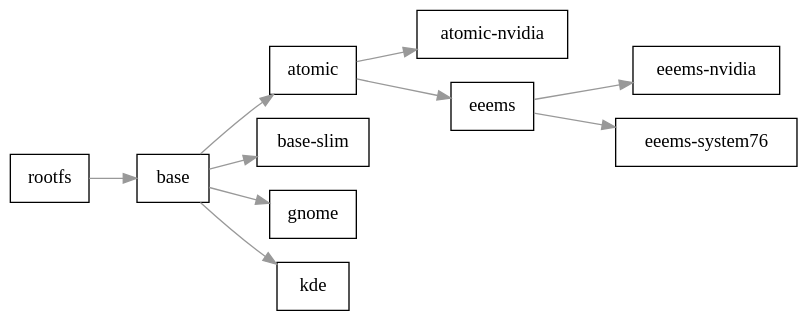
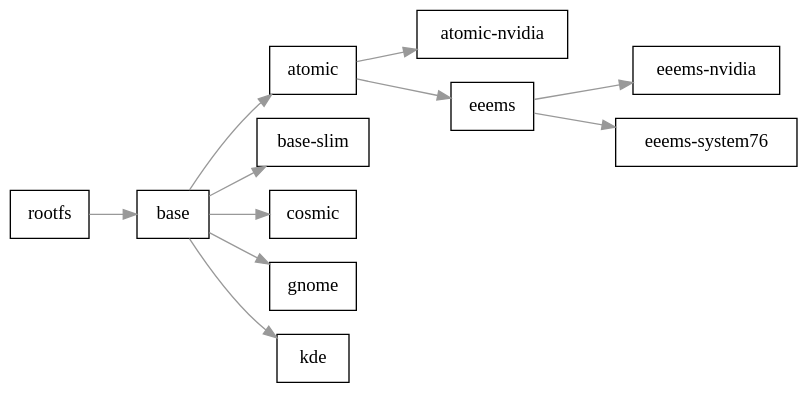
The diagram in web/src/variants.rst (Eeems/arkes), drawn with Graphviz before and after one commit. The commit also changed other lines of this file and 5 other files, not shown here.

```diff
--- a/web/src/variants.rst
+++ b/web/src/variants.rst
@@ -18,29 +18,31 @@
 .. graphviz::
 
    digraph variant_hierarchy {
        rankdir=LR;
        bgcolor=transparent;
        node [shape=box,style=filled,fillcolor=white];
        edge [color="#999999",fontcolor="#999999"];
 
        atomic [label="atomic"];
        atomic_nvidia [label="atomic-nvidia"];
        base [label="base"];
        base_slim [label="base-slim"];
+       cosmic [label="cosmic"];
        eeems [label="eeems"];
        eeems_nvidia [label="eeems-nvidia"];
        eeems_system76 [label="eeems-system76"];
        gnome [label="gnome"];
        kde [label="kde"];
        rootfs [label="rootfs"];
 
        base -> atomic;
        atomic -> atomic_nvidia;
        rootfs -> base;
        base -> base_slim;
+       base -> cosmic;
        atomic -> eeems;
        eeems -> eeems_nvidia;
        eeems -> eeems_system76;
        base -> gnome;
        base -> kde;
    }
```
